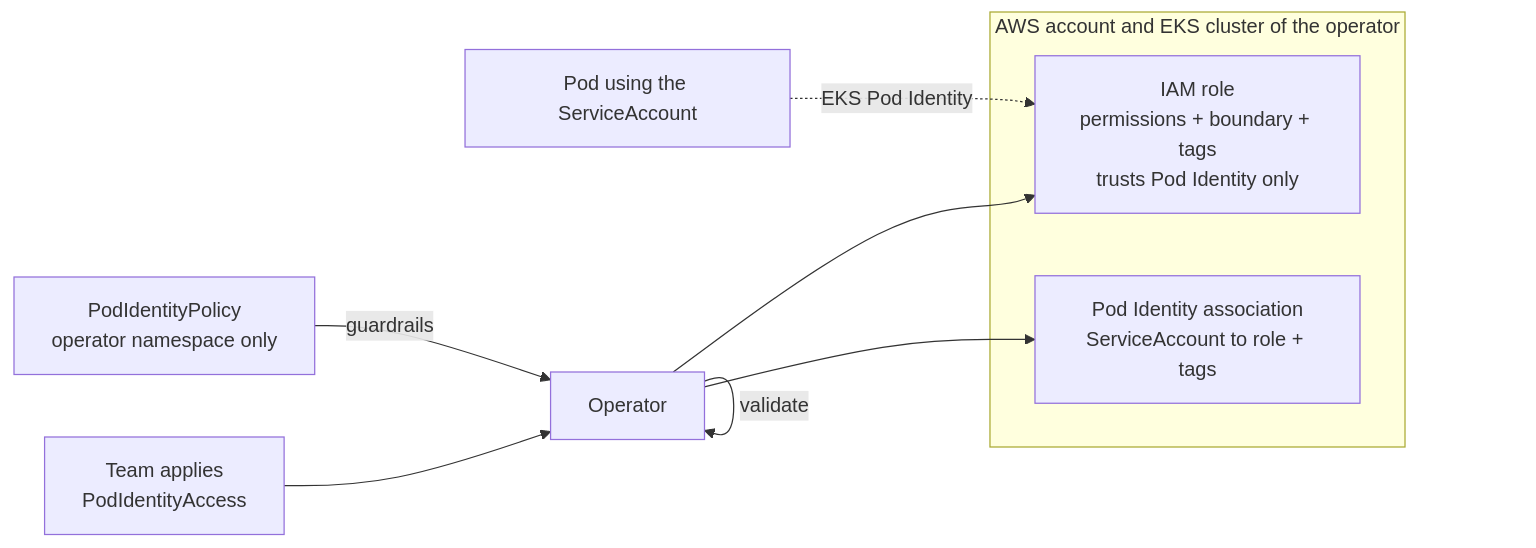
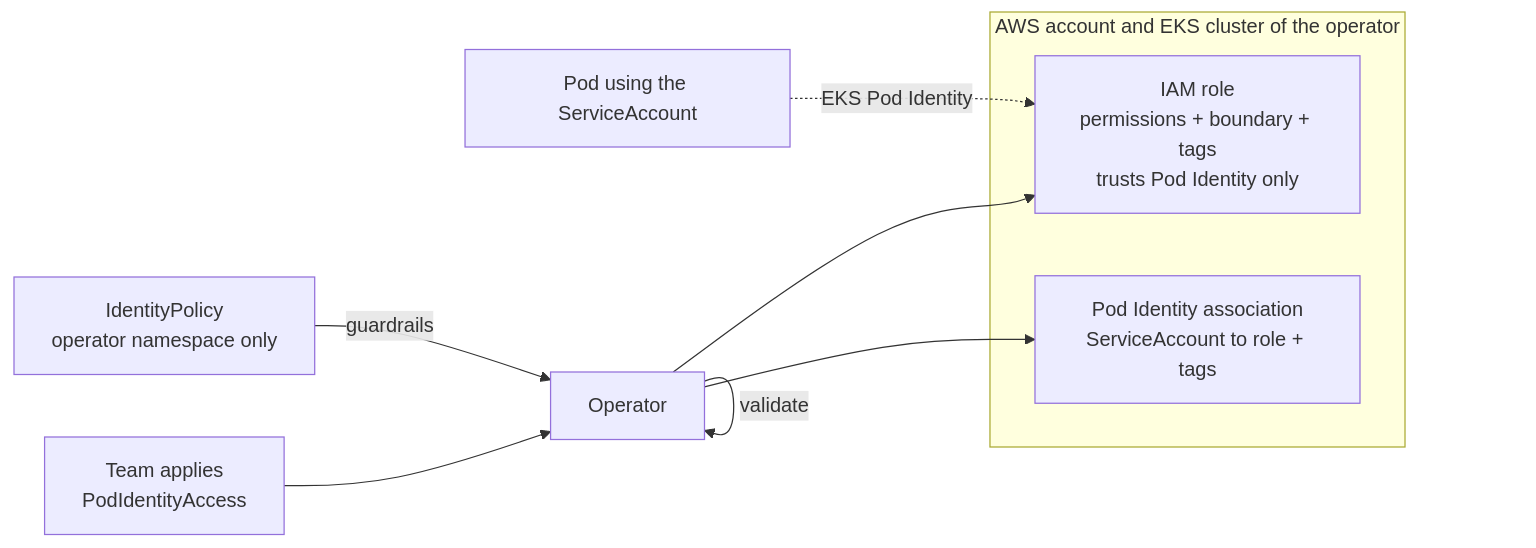
One commit to Jasonrve/eks-devops-operator changed the diagram in README.md. Above: the diagram before and after it, drawn with Mermaid. The commit also changed other lines of this file and 35 other files, not shown here.

First line of the commit message:
Rename PodIdentityPolicy to IdentityPolicy

````diff
--- a/README.md
+++ b/README.md
@@ -49,13 +49,13 @@
 ```mermaid
 flowchart LR
     T[Team applies<br/>PodIdentityAccess] --> O[Operator]
-    P[PodIdentityPolicy<br/>operator namespace only] -->|guardrails| O
+    P[IdentityPolicy<br/>operator namespace only] -->|guardrails| O
     O -->|validate| O
     subgraph A[AWS account and EKS cluster of the operator]
       R[IAM role<br/>permissions + boundary + tags<br/>trusts Pod Identity only]
       AS[Pod Identity association<br/>ServiceAccount to role + tags]
     end
     O --> R
     O --> AS
     W[Pod using the ServiceAccount] -.->|EKS Pod Identity| R
 ```
````
